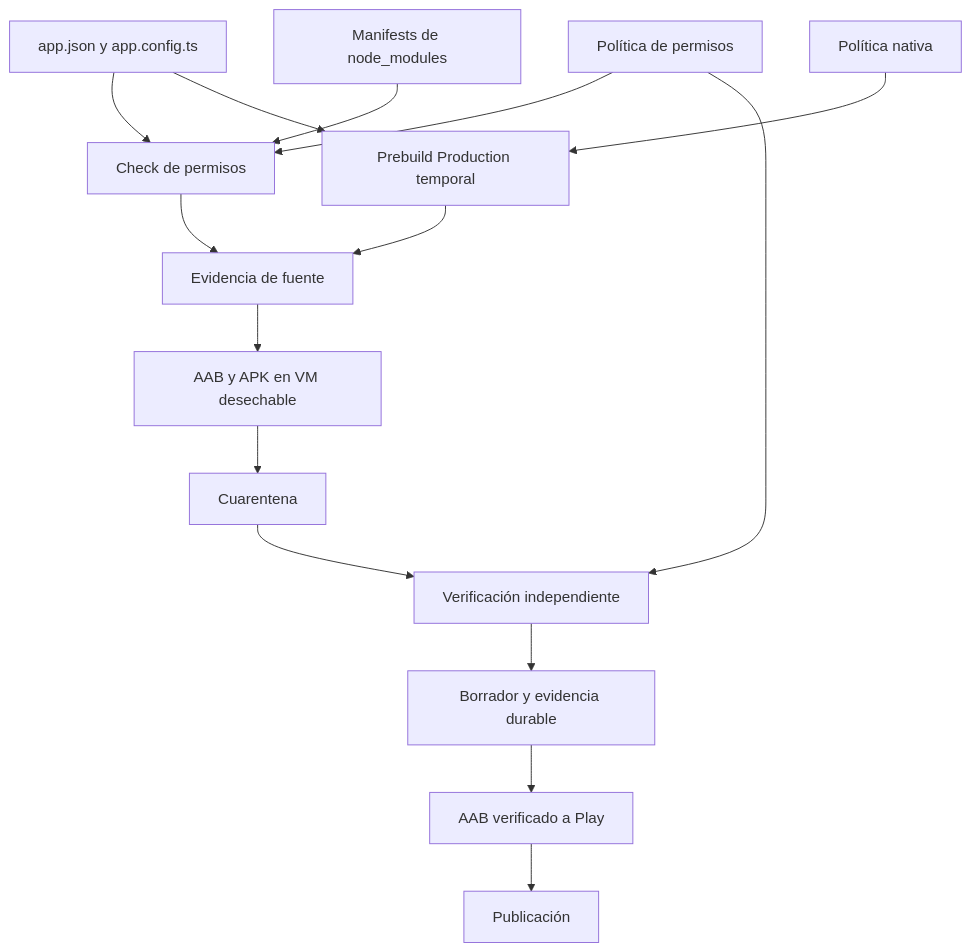
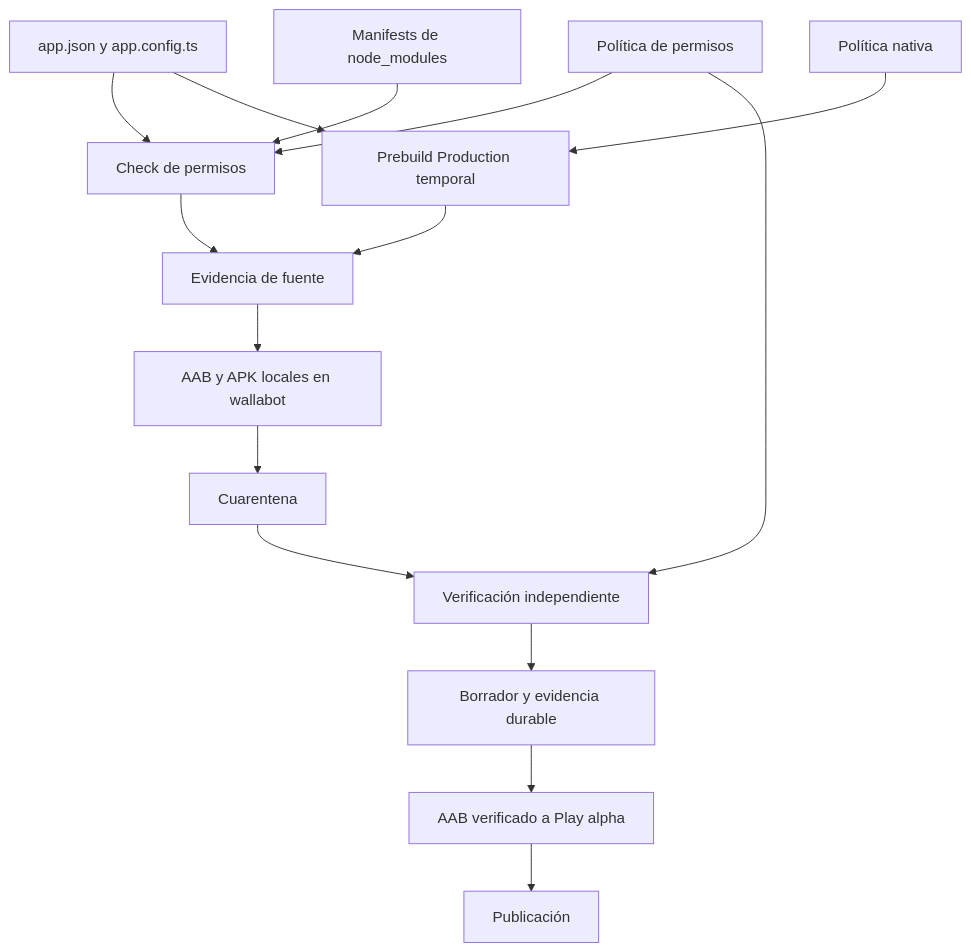
Before and after one commit to maximofn/gymnasia: the diagram in openwiki/operations/android-permissions.md, drawn with Mermaid. The commit also changed other lines of this file and 12 other files, not shown here.

````diff
--- a/openwiki/operations/android-permissions.md
+++ b/openwiki/operations/android-permissions.md
@@ -64,17 +72,17 @@
 ```mermaid
 flowchart TD
     Config["app.json y app.config.ts"] --> Scan["Check de permisos"]
     Policy["Política de permisos"] --> Scan
     Dependencies["Manifests de node_modules"] --> Scan
     Config --> Prebuild["Prebuild Production temporal"]
     NativePolicy["Política nativa"] --> Prebuild
     Scan --> SourceGate["Evidencia de fuente"]
     Prebuild --> SourceGate
-    SourceGate --> Build["AAB y APK en VM desechable"]
+    SourceGate --> Build["AAB y APK locales en wallabot"]
     Build --> Quarantine["Cuarentena"]
     Quarantine --> Verify["Verificación independiente"]
     Policy --> Verify
     Verify --> Draft["Borrador y evidencia durable"]
-    Draft --> Play["AAB verificado a Play"]
+    Draft --> Play["AAB verificado a Play alpha"]
     Play --> Release["Publicación"]
 ```
````
